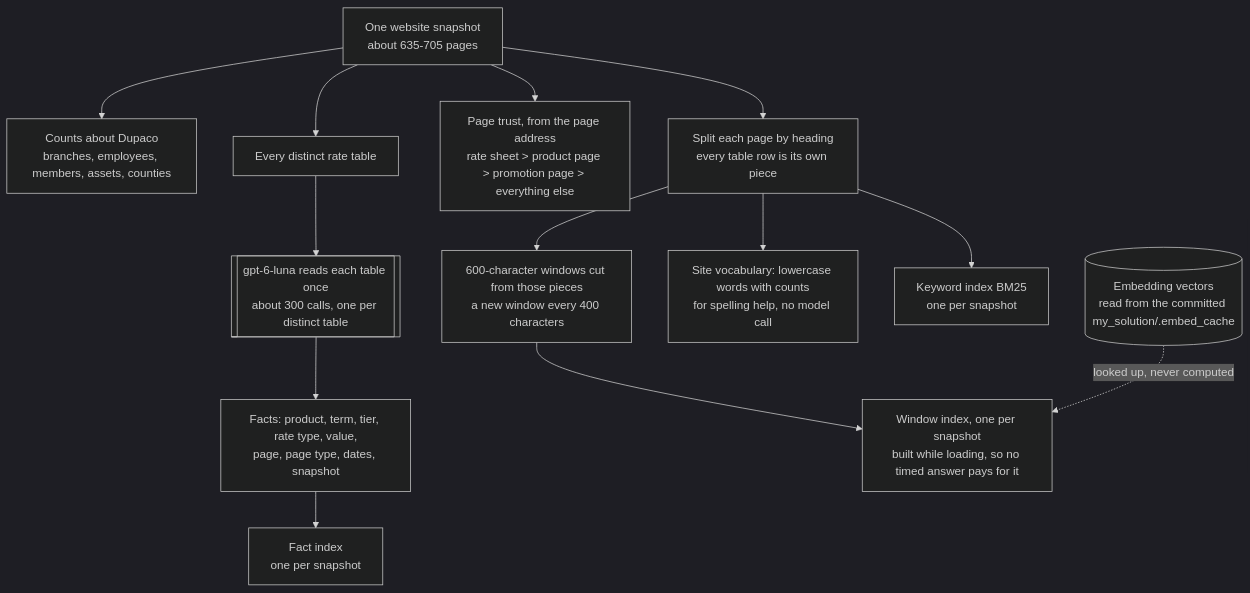
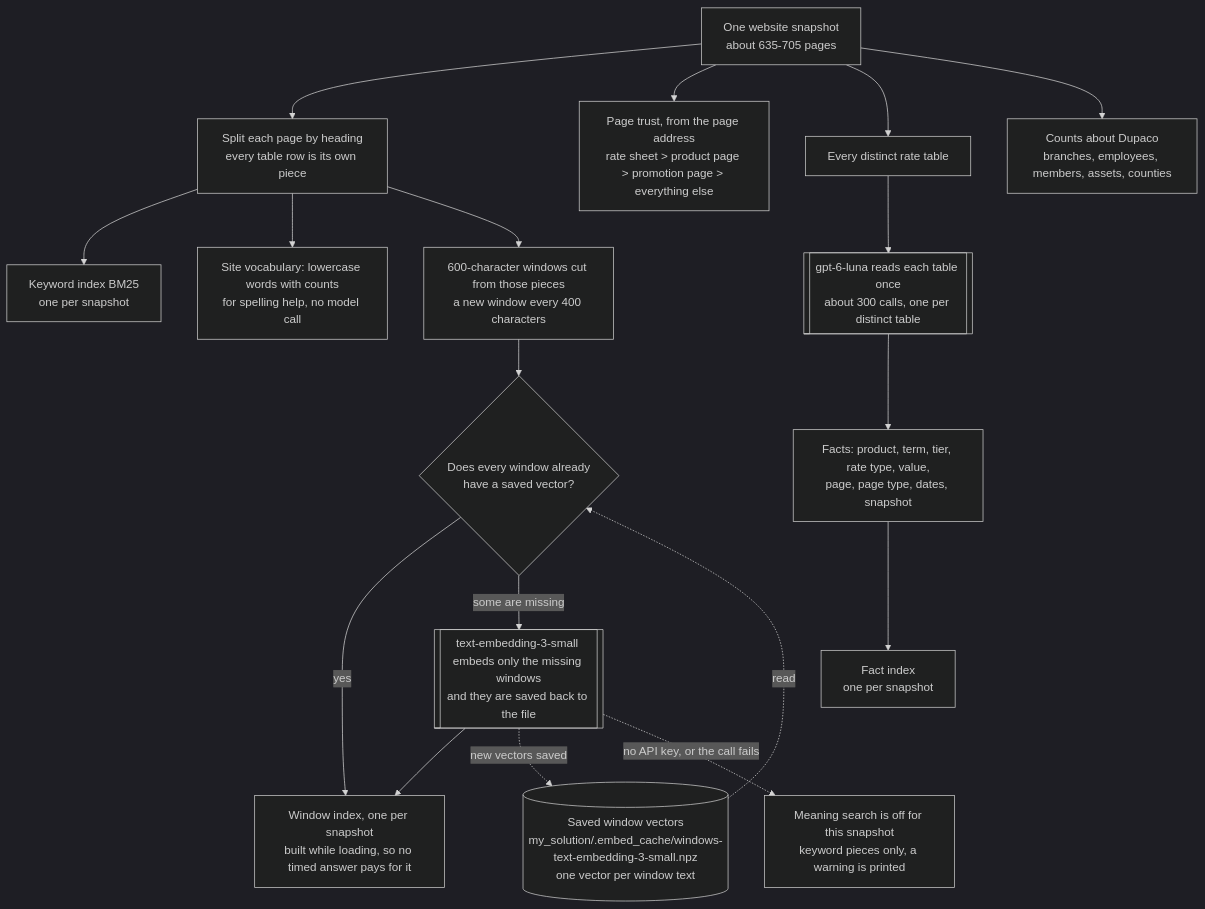
Before and after one commit to ajayp/interface-submission: the first of 4 diagrams in workflow.md, drawn with Mermaid (dark theme). The commit also changed other lines of this file and 6 other files, not shown here.

First line of the commit message:
Enhance embedding logic and documentation for window search functionality

````diff
--- a/workflow.md
+++ b/workflow.md
@@ -10,15 +10,20 @@
 ```mermaid
 flowchart TD
     S[One website snapshot<br/>about 635-705 pages] --> SPLIT[Split each page by heading<br/>every table row is its own piece]
     SPLIT --> BM[Keyword index BM25<br/>one per snapshot]
     SPLIT --> VOC[Site vocabulary: lowercase words with counts<br/>for spelling help, no model call]
     S --> RANK[Page trust, from the page address<br/>rate sheet > product page > promotion page > everything else]
     S --> TABLES[Every distinct rate table]
     TABLES --> LLM1[[gpt-6-luna reads each table once<br/>about 300 calls, one per distinct table]]
     LLM1 --> FACTS[Facts: product, term, tier, rate type, value,<br/>page, page type, dates, snapshot]
     FACTS --> FIDX[Fact index<br/>one per snapshot]
     S --> COUNTS[Counts about Dupaco<br/>branches, employees, members, assets, counties]
     SPLIT --> WIN[600-character windows cut from those pieces<br/>a new window every 400 characters]
-    WIN --> WIDX[Window index, one per snapshot<br/>built while loading, so no timed answer pays for it]
-    EMB[(Embedding vectors<br/>read from the committed my_solution/.embed_cache)] -.looked up, never computed.-> WIDX
+    CACHE[(Saved window vectors<br/>my_solution/.embed_cache/windows-text-embedding-3-small.npz<br/>one vector per window text)] -.read.-> CHK
+    WIN --> CHK{Does every window already<br/>have a saved vector?}
+    CHK -- yes --> WIDX[Window index, one per snapshot<br/>built while loading, so no timed answer pays for it]
+    CHK -- some are missing --> EMB[[text-embedding-3-small embeds only the missing windows<br/>and they are saved back to the file]]
+    EMB --> WIDX
+    EMB -.->|new vectors saved| CACHE
+    EMB -.->|no API key, or the call fails| OFF[Meaning search is off for this snapshot<br/>keyword pieces only, a warning is printed]
 ```
````
